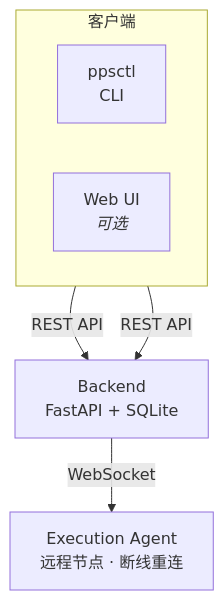
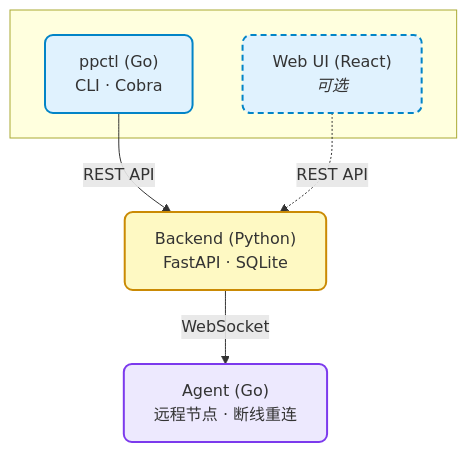
Before and after one commit to TenMilesSwordGod/taskpps: the diagram in README.md, drawn with Mermaid.

Commit message:
docs: 优化架构图样式（色彩分层 + 虚线可选 + 圆角）

````diff
--- a/README.md
+++ b/README.md
@@ -12,14 +12,19 @@
 ```mermaid
-graph TB
-    subgraph Clients["客户端"]
-        direction LR
-        P[ppsctl<br/>CLI]
-        W[Web UI<br/><i>可选</i>]
+flowchart TB
+    subgraph " "
+        P["ppctl (Go)<br/>CLI · Cobra"]
+        W["Web UI (React)<br/><i>可选</i>"]
     end
-    B[Backend<br/>FastAPI + SQLite]
-    A[Execution Agent<br/>远程节点 · 断线重连]
 
-    P -- REST API --> B
-    W -- REST API --> B
-    B -- WebSocket --> A
+    B["Backend (Python)<br/>FastAPI · SQLite"]
+    A["Agent (Go)<br/>远程节点 · 断线重连"]
+
+    P -- "REST API" --> B
+    W -. "REST API" .-> B
+    B -- "WebSocket" --> A
+
+    style P fill:#e0f2fe,stroke:#0284c7,stroke-width:2px,rx:8px
+    style W fill:#e0f2fe,stroke:#0284c7,stroke-width:2px,stroke-dasharray:6 4,rx:8px
+    style B fill:#fef9c3,stroke:#ca8a04,stroke-width:2px,rx:8px
+    style A fill:#ede9fe,stroke:#7c3aed,stroke-width:2px,rx:8px
 ```
````
